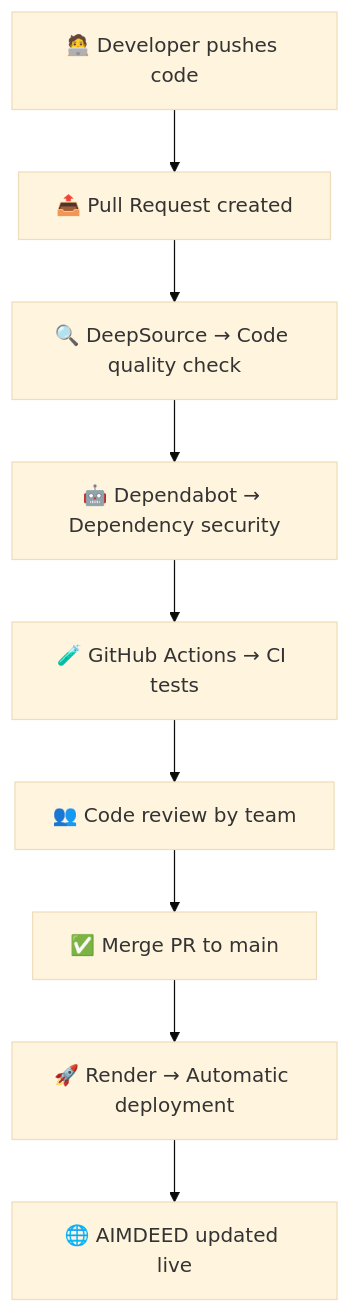
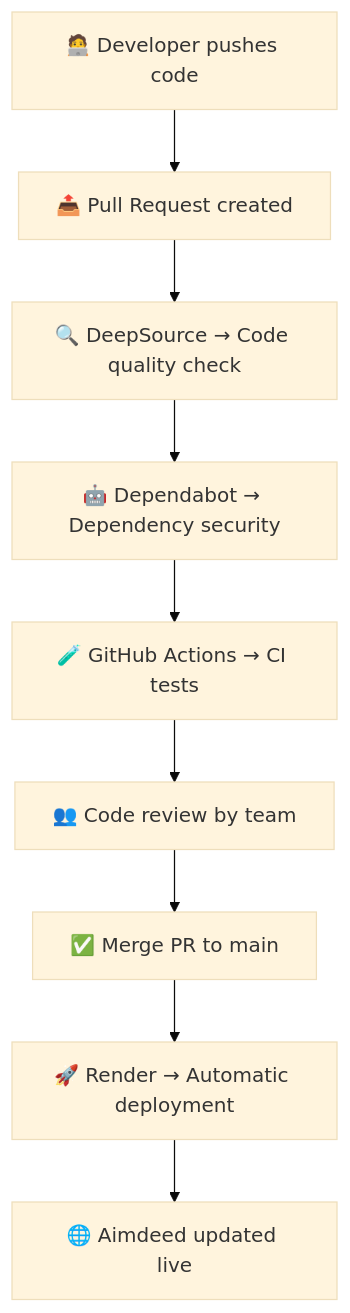
The diagram in README.md (onfocus384/Aimdeed), drawn with Mermaid (base theme) before and after one commit. The commit also changed 2 other files, not shown here.

Commit message:
fix: revert to port 3000, add mongo timeout, and add diagnostic logging

````diff
--- a/README.md
+++ b/README.md
@@ -106,11 +106,11 @@
 ```mermaid
 graph TD;
   A["🧑‍💻 Developer pushes code"] --> B["📤 Pull Request created"];
   B --> C["🔍 DeepSource → Code quality check"];
   C --> D["🤖 Dependabot → Dependency security"];
   D --> E["🧪 GitHub Actions → CI tests"];
   E --> F["👥 Code review by team"];
   F --> G["✅ Merge PR to main"];
   G --> H["🚀 Render → Automatic deployment"];
-  H --> I["🌐 AIMDEED updated live"];
+  H --> I["🌐 Aimdeed updated live"];
 ```
````
